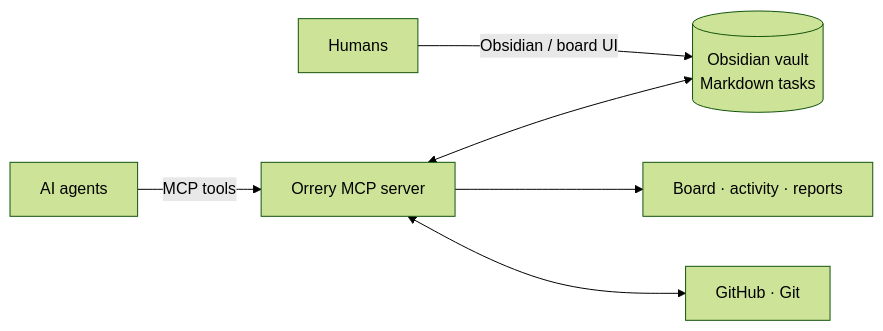
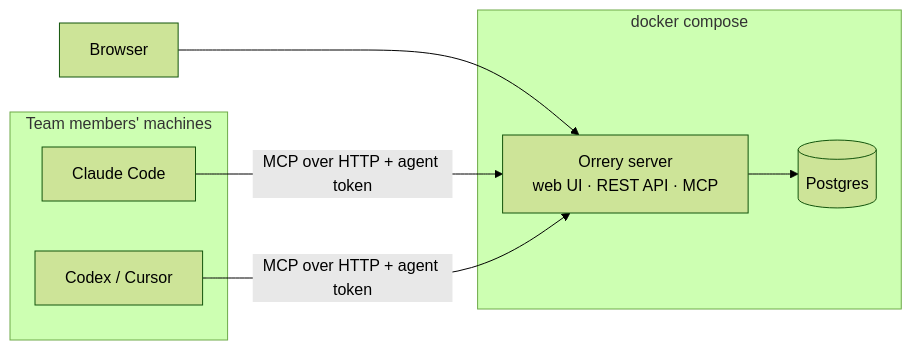
The first of 2 diagrams in README.md (ForgeOrbit/orrery), drawn with Mermaid (forest theme) before and after one commit. The commit also changed other lines of this file, not shown here.

````diff
--- a/README.md
+++ b/README.md
@@ -49,8 +58,15 @@
 ```mermaid
 flowchart LR
-  H[Humans] -->|Obsidian / board UI| V[(Obsidian vault<br>Markdown tasks)]
-  A[AI agents] -->|MCP tools| S[Orrery MCP server]
-  S <--> V
-  S --> B[Board · activity · reports]
-  S <--> G[GitHub · Git]
+  subgraph Laptops[Team members' machines]
+    A1[Claude Code]
+    A2[Codex / Cursor]
+  end
+  B[Browser] --> S
+  A1 -->|MCP over HTTP + agent token| S
+  A2 -->|MCP over HTTP + agent token| S
+  subgraph Docker[docker compose]
+    S[Orrery server<br>web UI · REST API · MCP]
+    P[(Postgres)]
+    S --> P
+  end
 ```
````
